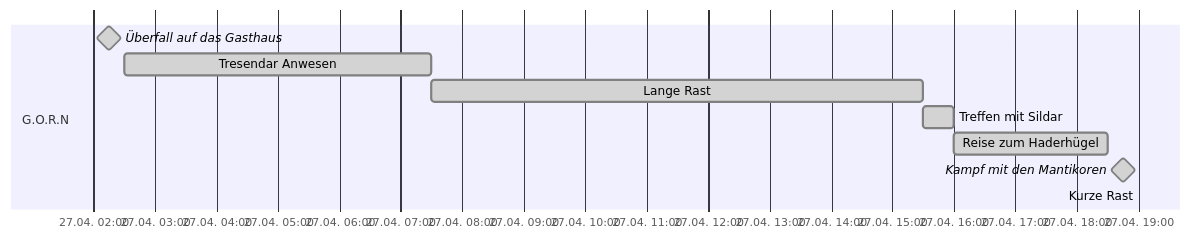
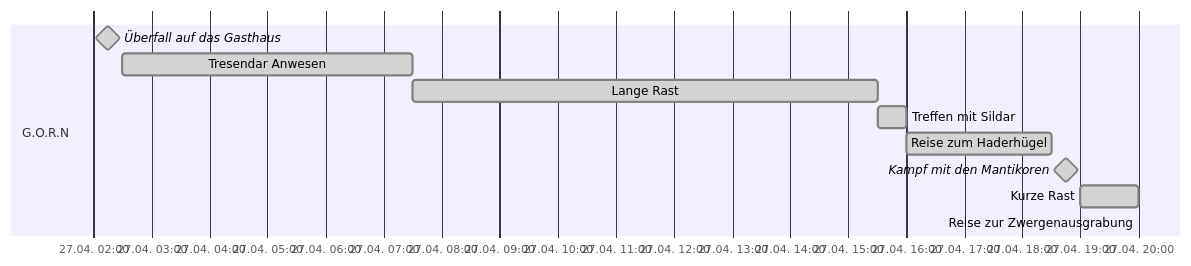
The fourth of 13 diagrams in Kampagne/Timeline Kampagne 2.md (LorenJaffrey/DnD_PFT), drawn with Mermaid before and after one commit. The commit also changed other lines of this file and 25 other files, not shown here.

````diff
--- a/Kampagne/Timeline Kampagne 2.md
+++ b/Kampagne/Timeline Kampagne 2.md
@@ -44,15 +52,16 @@
 ```mermaid
 gantt
 	dateFormat HH:mm
 	axisFormat %e.%m. %H:%M
 	tickinterval 1hour
-	weekday thursday
+	weekday saturday
 	section G.O.R.N
 		Überfall auf das Gasthaus: done, milestone, a1, 2024-04-27 02:00, 30m
 		Tresendar Anwesen: done, a2, after a1, 5h
 		Lange Rast: done, a3, after a2, 8h
 		Treffen mit Sildar: done, a4, after a3, 30m
 		Reise zum Haderhügel: done, a5, after a4, 2.5h
 		Kampf mit den Mantikoren: done, milestone, a6, after a5, 30m
-		Kurze Rast: 
+		Kurze Rast: done, a7, after a6, 1h
+		Reise zur Zwergenausgrabung: 
 ```
````
